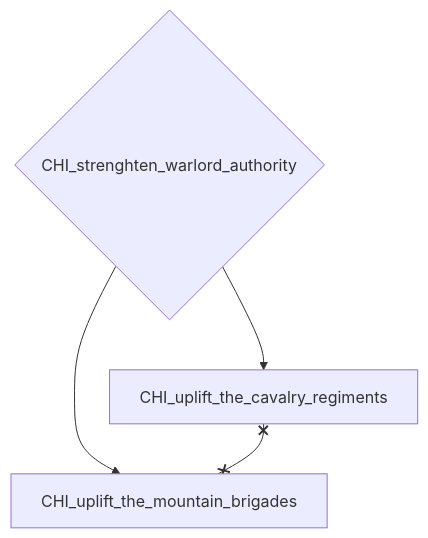
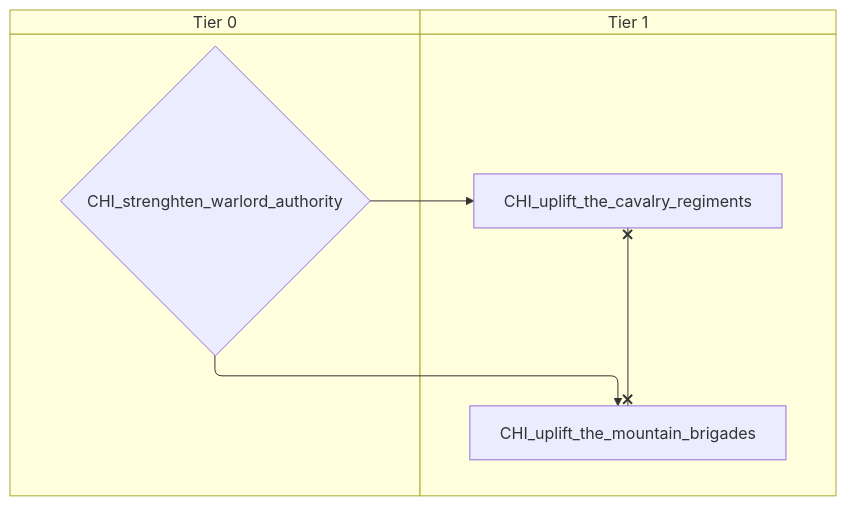
The third of 3 diagrams in docs/gdd/National Focuses/china_warlord.md (evgeny-sobol/hoi4-sandbox-mode), drawn with Mermaid before and after one commit. The commit also changed other lines of this file and 80 other files, not shown here.

First line of the commit message:
Add swimlane mode to focus graph exporter

````diff
--- a/docs/gdd/National Focuses/china_warlord.md
+++ b/docs/gdd/National Focuses/china_warlord.md
@@ -101,9 +123,13 @@
 ```mermaid
-flowchart TD
-    n39{"CHI_strenghten_warlord_authority"}
-    n40["CHI_uplift_the_cavalry_regiments"]
-    n41["CHI_uplift_the_mountain_brigades"]
+swimlane-beta TD
+    subgraph tier_0["Tier 0"]
+        n39{"CHI_strenghten_warlord_authority"}
+    end
+    subgraph tier_1["Tier 1"]
+        n40["CHI_uplift_the_cavalry_regiments"]
+        n41["CHI_uplift_the_mountain_brigades"]
+    end
     n39 --> n40
     n39 --> n41
     n40 x--x n41
 ```
````
